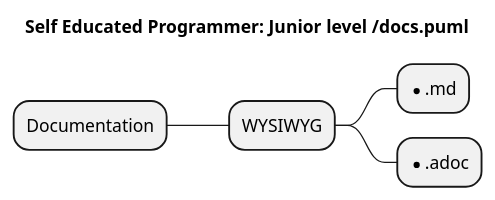
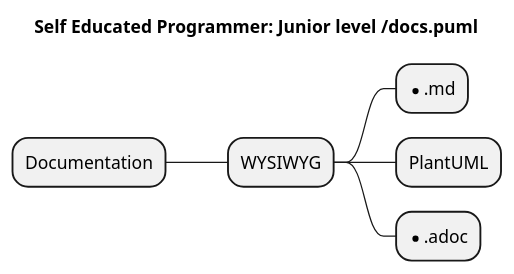
Before and after one commit to SmartSoftDev/self_educated_software_programmer_path: the diagram in docs.puml, drawn with PlantUML. The commit also changed 5 other files, not shown here.

```diff
--- a/docs.puml
+++ b/docs.puml
@@ -1,9 +1,10 @@
 @startmindmap
 title Self Educated Programmer: Junior level /docs.puml
 
 * Documentation
 ** WYSIWYG
 *** *.md
+*** PlantUML
 *** *.adoc
 
 @endmindmap
```
